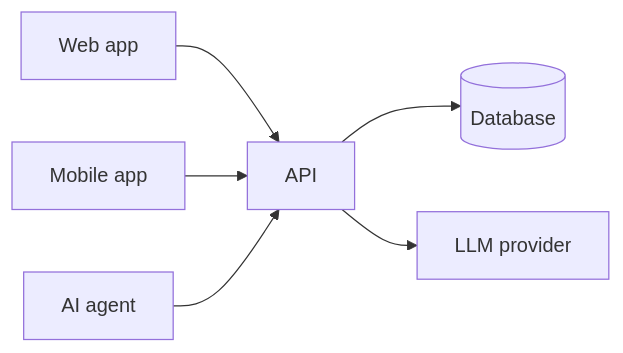
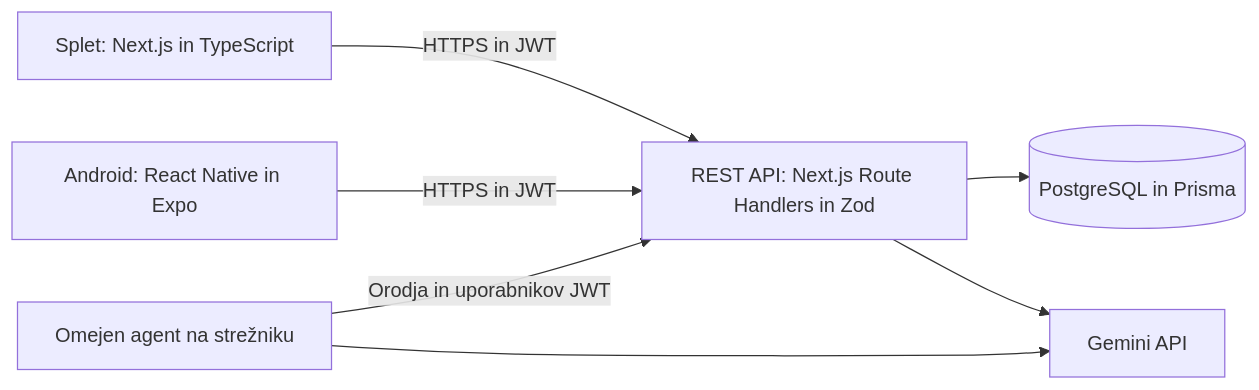
The diagram in README.md (amarkrasniqi54321-ctrl/fieldops-is), drawn with Mermaid before and after one commit. The commit also changed other lines of this file and 17 other files, not shown here.

````diff
--- a/README.md
+++ b/README.md
@@ -27,8 +38,9 @@
 ```mermaid
 flowchart LR
-    Web[Web app] --> API
-    Mobile[Mobile app] --> API
-    Agent[AI agent] --> API
-    API --> DB[(Database)]
-    API --> LLM[LLM provider]
+    Web["Splet: Next.js in TypeScript"] -->|HTTPS in JWT| API["REST API: Next.js Route Handlers in Zod"]
+    Mobile["Android: React Native in Expo"] -->|HTTPS in JWT| API
+    Agent["Omejen agent na strežniku"] -->|Orodja in uporabnikov JWT| API
+    API --> DB[("PostgreSQL in Prisma")]
+    API --> LLM["Gemini API"]
+    Agent --> LLM
 ```
````
